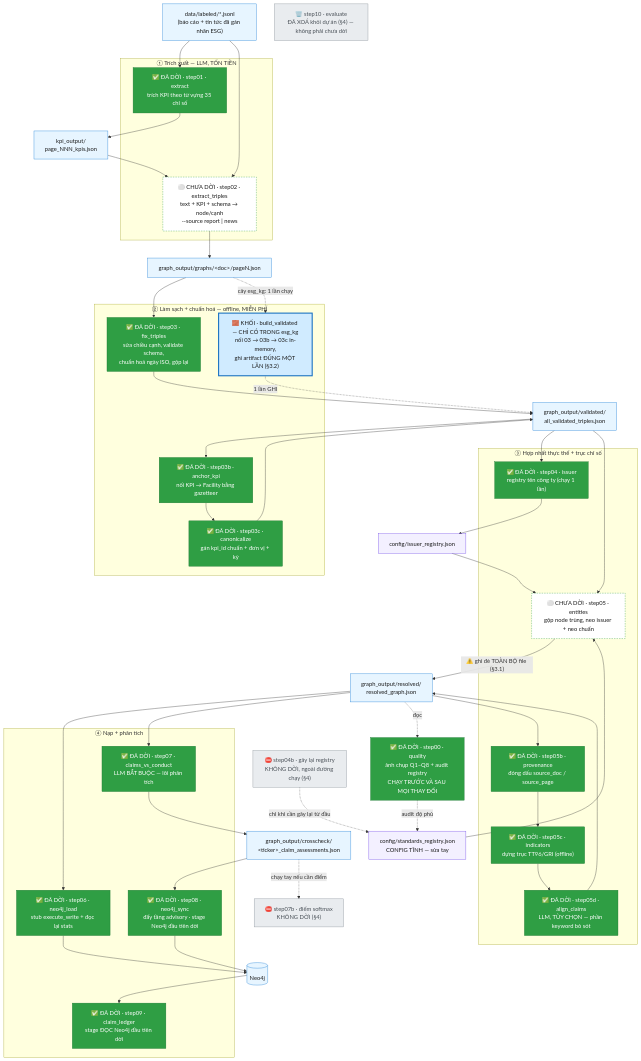
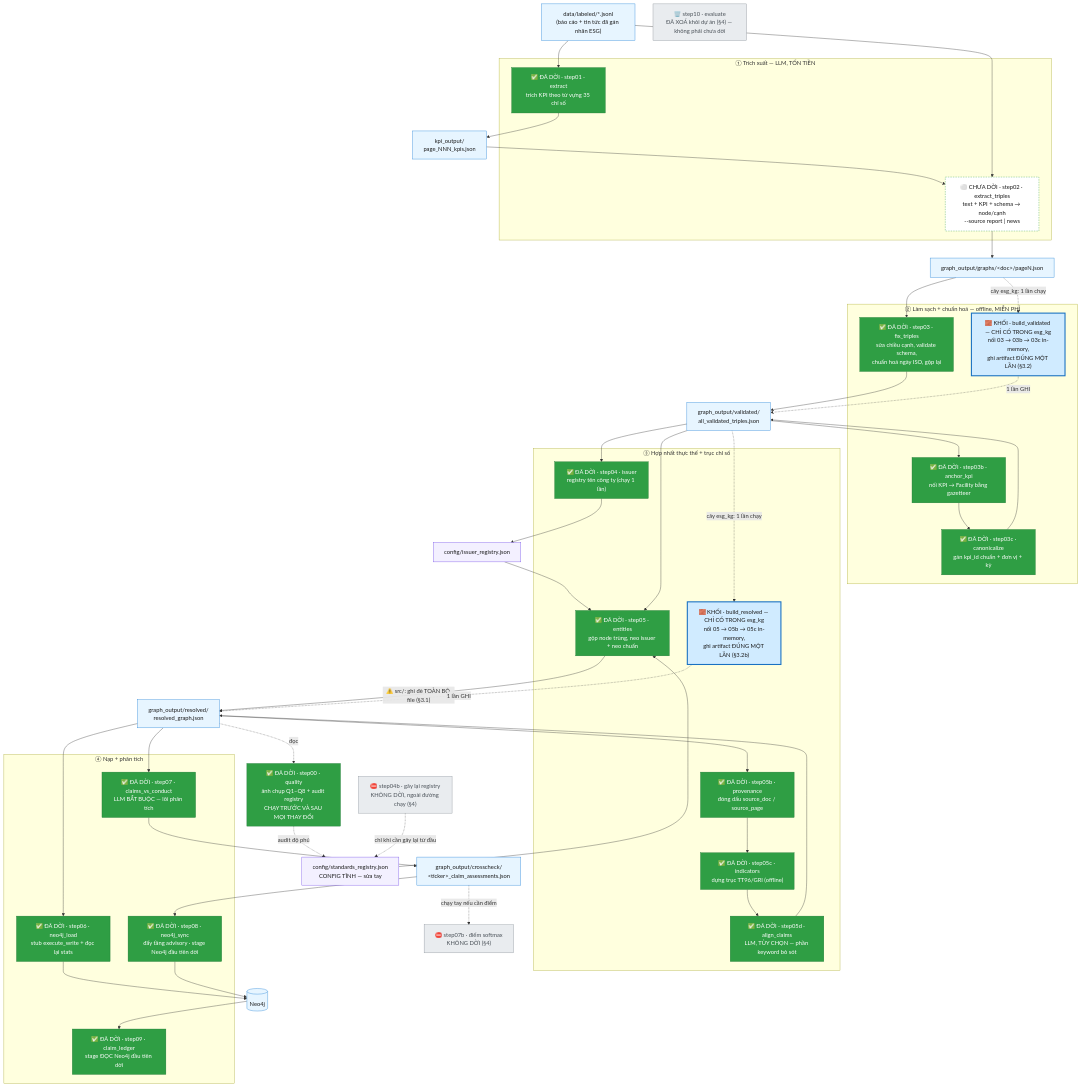
The first of 4 diagrams in src_module/PIPELINE.md (TranBaDat2607/capstone_test1), drawn with Mermaid before and after one commit. The commit also changed other lines of this file and 3 other files, not shown here.

First line of the commit message:
docs(esg_kg): update PIPELINE/DESIGN/README/CLAUDE for step05 + resolve block

````diff
--- a/src_module/PIPELINE.md
+++ b/src_module/PIPELINE.md
@@ -204,74 +251,76 @@
 ```mermaid
 flowchart TD
     classDef migrated fill:#2f9e44,stroke:#1a7431,color:#ffffff
     classDef ready    fill:#ffffff,stroke:#2f9e44,stroke-dasharray:4 3,color:#1a1a1a
     classDef pending  fill:#fff3bf,stroke:#e8a90c,color:#1a1a1a
     classDef notport  fill:#e9ecef,stroke:#868e96,color:#495057
     classDef data     fill:#e7f5ff,stroke:#1c7ed6,color:#1a1a1a
     classDef cfg      fill:#f3f0ff,stroke:#7048e8,color:#1a1a1a
     classDef block    fill:#d0ebff,stroke:#1971c2,stroke-width:3px,color:#1a1a1a
 
     JSONL["data/labeled/*.jsonl<br/>(báo cáo + tin tức đã gán nhãn ESG)"]:::data
 
     subgraph P1["① Trích xuất — LLM, TỐN TIỀN"]
         S01["✅ ĐÃ DỜI · step01 · extract<br/>trích KPI theo từ vựng 35 chỉ số"]:::migrated
         S02["⚪ CHƯA DỜI · step02 · extract_triples<br/>text + KPI + schema → node/cạnh<br/>--source report | news"]:::ready
     end
 
     KPIOUT["kpi_output/<br/>page_NNN_kpis.json"]:::data
     GRAPHS["graph_output/graphs/&lt;doc&gt;/pageN.json"]:::data
 
     subgraph P2["② Làm sạch + chuẩn hoá — offline, MIỄN PHÍ"]
         S03["✅ ĐÃ DỜI · step03 · fix_triples<br/>sửa chiều cạnh, validate schema,<br/>chuẩn hoá ngày ISO, gộp lại"]:::migrated
         S03B["✅ ĐÃ DỜI · step03b · anchor_kpi<br/>nối KPI → Facility bằng gazetteer"]:::migrated
         S03C["✅ ĐÃ DỜI · step03c · canonicalize<br/>gán kpi_id chuẩn + đơn vị + kỳ"]:::migrated
         BLK["🧱 KHỐI · build_validated — CHỈ CÓ TRONG esg_kg<br/>nối 03 → 03b → 03c in-memory,<br/>ghi artifact ĐÚNG MỘT LẦN (§3.2)"]:::block
     end
 
     VALID["graph_output/validated/<br/>all_validated_triples.json"]:::data
 
     subgraph P3["③ Hợp nhất thực thể + trục chỉ số"]
         S04["✅ ĐÃ DỜI · step04 · issuer<br/>registry tên công ty (chạy 1 lần)"]:::migrated
-        S05["⚪ CHƯA DỜI · step05 · entities<br/>gộp node trùng, neo issuer + neo chuẩn"]:::ready
+        S05["✅ ĐÃ DỜI · step05 · entities<br/>gộp node trùng, neo issuer + neo chuẩn"]:::migrated
         S05B["✅ ĐÃ DỜI · step05b · provenance<br/>đóng dấu source_doc / source_page"]:::migrated
         S05C["✅ ĐÃ DỜI · step05c · indicators<br/>dựng trục TT96/GRI (offline)"]:::migrated
         S05D["✅ ĐÃ DỜI · step05d · align_claims<br/>LLM, TÙY CHỌN — phần keyword bỏ sót"]:::migrated
+        BLK2["🧱 KHỐI · build_resolved — CHỈ CÓ TRONG esg_kg<br/>nối 05 → 05b → 05c in-memory,<br/>ghi artifact ĐÚNG MỘT LẦN (§3.2b)"]:::block
     end
 
     RESOLVED["graph_output/resolved/<br/>resolved_graph.json"]:::data
 
     subgraph P4["④ Nạp + phân tích"]
         S06["✅ ĐÃ DỜI · step06 · neo4j_load<br/>stub execute_write + đọc lại stats"]:::migrated
         S07["✅ ĐÃ DỜI · step07 · claims_vs_conduct<br/>LLM BẮT BUỘC — lõi phân tích"]:::migrated
         S08["✅ ĐÃ DỜI · step08 · neo4j_sync<br/>đẩy tầng advisory · stage Neo4j đầu tiên dời"]:::migrated
         S09["✅ ĐÃ DỜI · step09 · claim_ledger<br/>stage ĐỌC Neo4j đầu tiên dời"]:::migrated
     end
 
     REGI["config/issuer_registry.json"]:::cfg
     REGS["config/standards_registry.json<br/>CONFIG TĨNH — sửa tay"]:::cfg
     DOSSIER["graph_output/crosscheck/<br/>&lt;ticker&gt;_claim_assessments.json"]:::data
     NEO[("Neo4j")]:::data
 
     S00["✅ ĐÃ DỜI · step00 · quality<br/>ảnh chụp Q1–Q8 + audit registry<br/>CHẠY TRƯỚC VÀ SAU MỌI THAY ĐỔI"]:::migrated
     S07B["⛔ step07b · điểm softmax<br/>KHÔNG DỜI (§4)"]:::notport
     S04B["⛔ step04b · gây lại registry<br/>KHÔNG DỜI, ngoài đường chạy (§4)"]:::notport
     S10X["🗑️ step10 · evaluate<br/>ĐÃ XOÁ khỏi dự án (§4) — không phải chưa dời"]:::notport
 
     JSONL --> S01 --> KPIOUT --> S02
     JSONL --> S02 --> GRAPHS --> S03 --> VALID
     VALID --> S03B --> S03C --> VALID
     GRAPHS -.->|"cây esg_kg: 1 lần chạy"| BLK -.->|"1 lần GHI"| VALID
     VALID --> S04 --> REGI --> S05
     REGS --> S05
     VALID --> S05
-    S05 -->|"⚠️ ghi đè TOÀN BỘ file (§3.1)"| RESOLVED
+    S05 -->|"⚠️ src/: ghi đè TOÀN BỘ file (§3.1)"| RESOLVED
     RESOLVED --> S05B --> S05C --> S05D --> RESOLVED
+    VALID -.->|"cây esg_kg: 1 lần chạy"| BLK2 -.->|"1 lần GHI"| RESOLVED
     RESOLVED --> S06 --> NEO
     RESOLVED --> S07 --> DOSSIER --> S08 --> NEO
     NEO --> S09
 
     RESOLVED -.->|"đọc"| S00
     S00 -.->|"audit độ phủ"| REGS
     S04B -.->|"chỉ khi cần gây lại từ đầu"| REGS
     DOSSIER -.->|"chạy tay nếu cần điểm"| S07B
 ```
````
